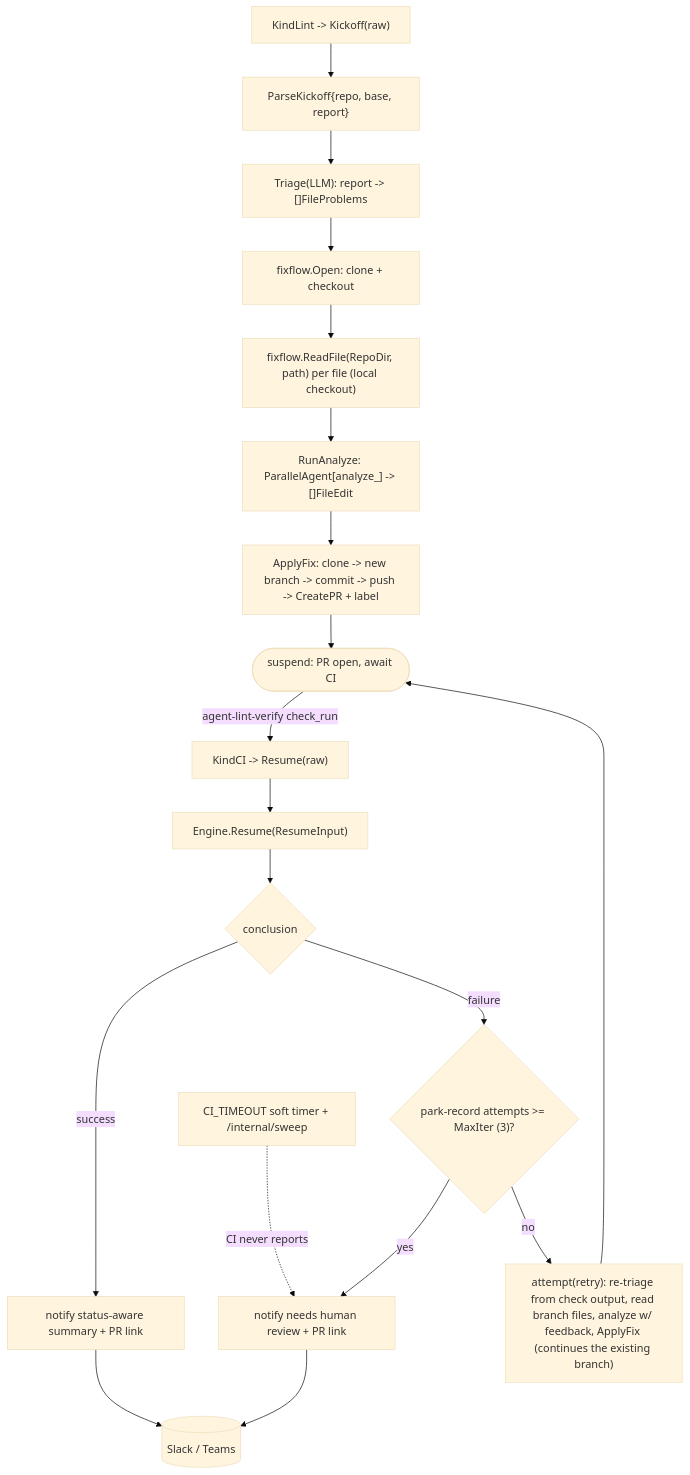
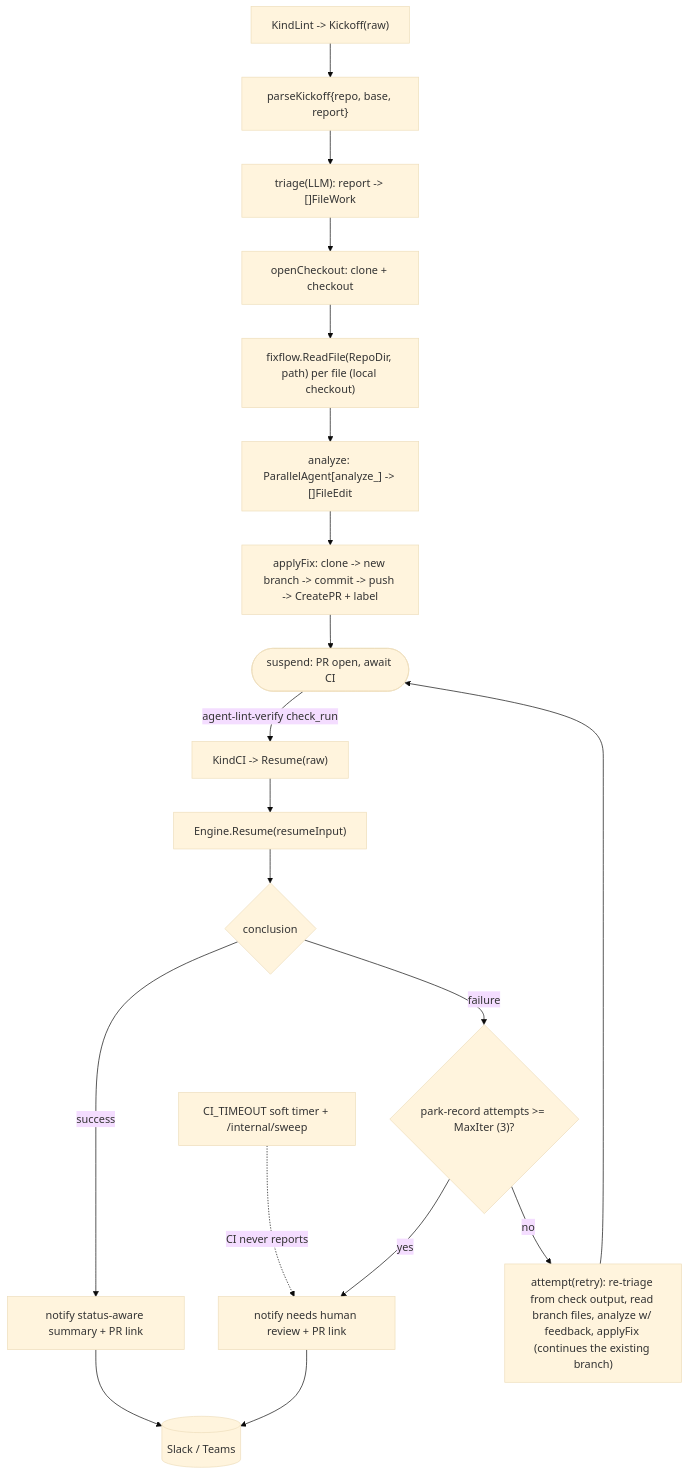
The diagram in okf/modules/agents/lintfixer.md (jkjamies/automation-agent), drawn with Mermaid (base theme) before and after one commit. The commit also changed other lines of this file and 75 other files, not shown here.

````diff
--- a/okf/modules/agents/lintfixer.md
+++ b/okf/modules/agents/lintfixer.md
@@ -18,22 +18,22 @@
 ```mermaid
 flowchart TD
-    K["KindLint -> Kickoff(raw)"] --> KP["ParseKickoff{repo, base, report}"]
-    KP --> T["Triage(LLM): report -> []FileProblems"]
-    T --> OP["fixflow.Open: clone + checkout"]
+    K["KindLint -> Kickoff(raw)"] --> KP["parseKickoff{repo, base, report}"]
+    KP --> T["triage(LLM): report -> []FileWork"]
+    T --> OP["openCheckout: clone + checkout"]
     OP --> FF["fixflow.ReadFile(RepoDir, path) per file (local checkout)"]
-    FF --> AN["RunAnalyze: ParallelAgent[analyze_<file>] -> []FileEdit"]
-    AN --> AF["ApplyFix: clone -> new branch -> commit -> push -> CreatePR + label"]
+    FF --> AN["analyze: ParallelAgent[analyze_<file>] -> []FileEdit"]
+    AN --> AF["applyFix: clone -> new branch -> commit -> push -> CreatePR + label"]
     AF --> SUS(["suspend: PR open, await CI"])
 
     SUS -->|"agent-lint-verify check_run"| CI["KindCI -> Resume(raw)"]
     TO["CI_TIMEOUT soft timer + /internal/sweep"] -.->|"CI never reports"| HR
-    CI --> RH["Engine.Resume(ResumeInput)"]
+    CI --> RH["Engine.Resume(resumeInput)"]
     RH --> C{conclusion}
     C -->|success| OK["notify status-aware summary + PR link"]
     C -->|failure| AT{"park-record attempts >= MaxIter (3)?"}
     AT -->|yes| HR["notify needs human review + PR link"]
-    AT -->|no| RT["attempt(retry): re-triage from check output, read branch files, analyze w/ feedback, ApplyFix (continues the existing branch)"]
+    AT -->|no| RT["attempt(retry): re-triage from check output, read branch files, analyze w/ feedback, applyFix (continues the existing branch)"]
     RT --> SUS
     OK --> Chat[("Slack / Teams")]
     HR --> Chat
 ```
````
